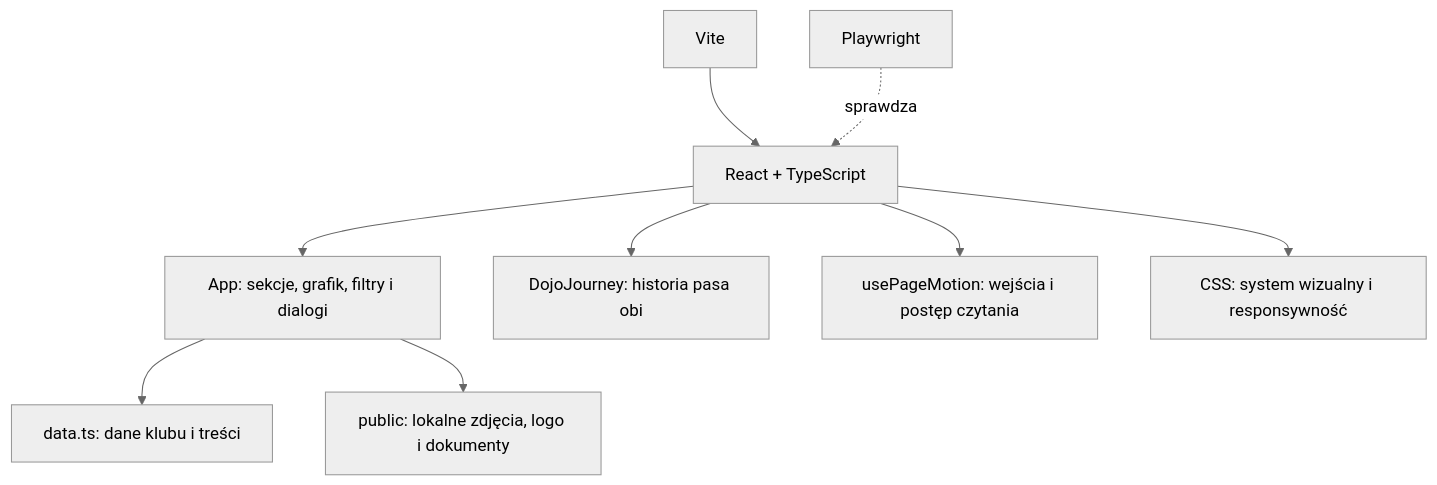
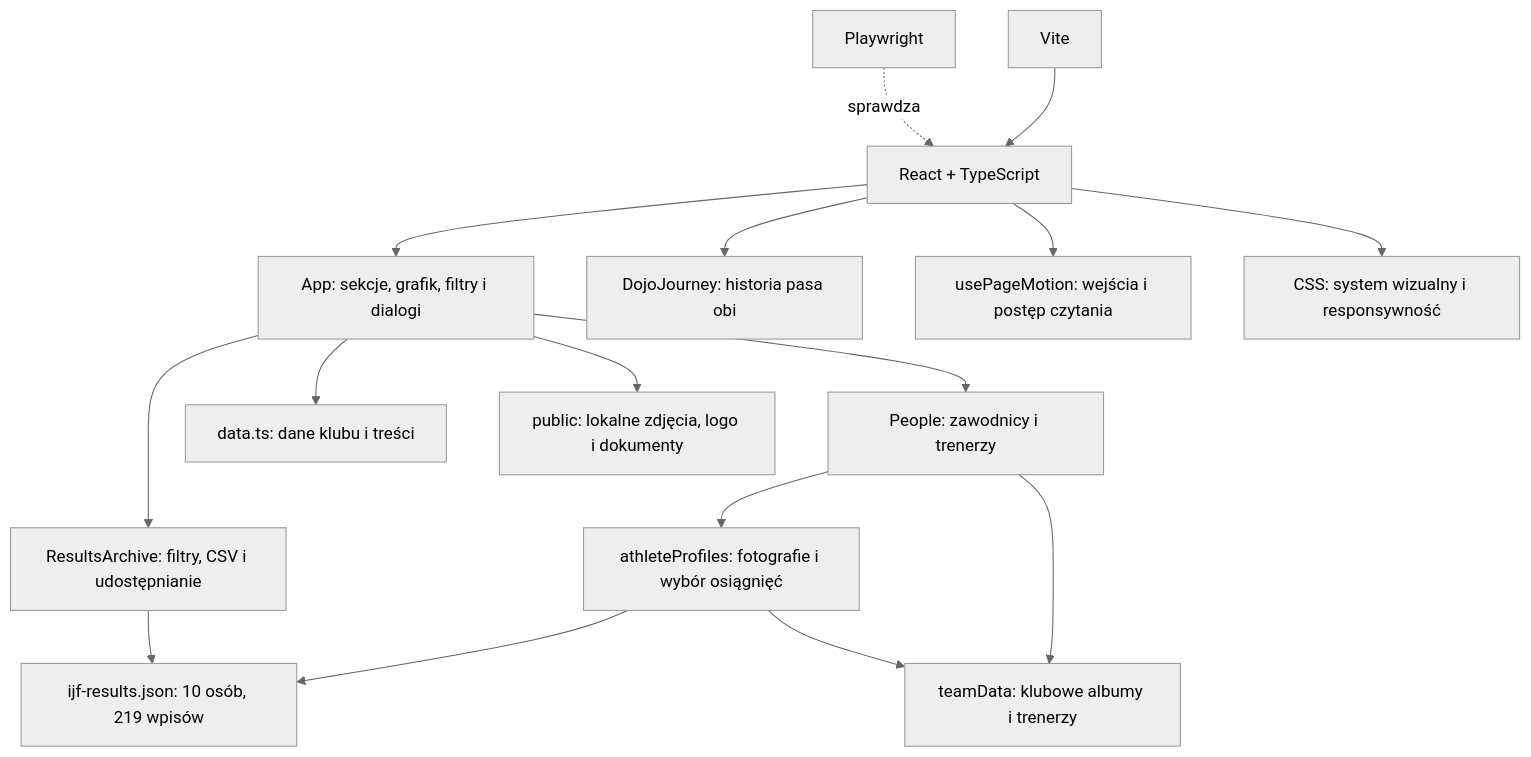
Before and after one commit to wojtekp2002/judo_club_one-page: the second of 4 diagrams in README.md, drawn with Mermaid (neutral theme). The commit also changed other lines of this file and 1 other file, not shown here.

Commit message:
Zaktualizuj README, schematy projektu i artefakty profili

````diff
--- a/README.md
+++ b/README.md
@@ -113,11 +141,18 @@
 ```mermaid
 flowchart TB
   V[Vite] --> R[React + TypeScript]
   R --> A[App: sekcje, grafik, filtry i dialogi]
   R --> J[DojoJourney: historia pasa obi]
   R --> M[usePageMotion: wejścia i postęp czytania]
+  A --> K[People: zawodnicy i trenerzy]
+  A --> H[ResultsArchive: filtry, CSV i udostępnianie]
+  K --> F[athleteProfiles: fotografie i wybór osiągnięć]
+  F --> I[ijf-results.json: 10 osób, 219 wpisów]
+  H --> I
+  K --> C[teamData: klubowe albumy i trenerzy]
+  F --> C
   A --> D[data.ts: dane klubu i treści]
   A --> P[public: lokalne zdjęcia, logo i dokumenty]
   R --> S[CSS: system wizualny i responsywność]
   T[Playwright] -. sprawdza .-> R
 ```
````
